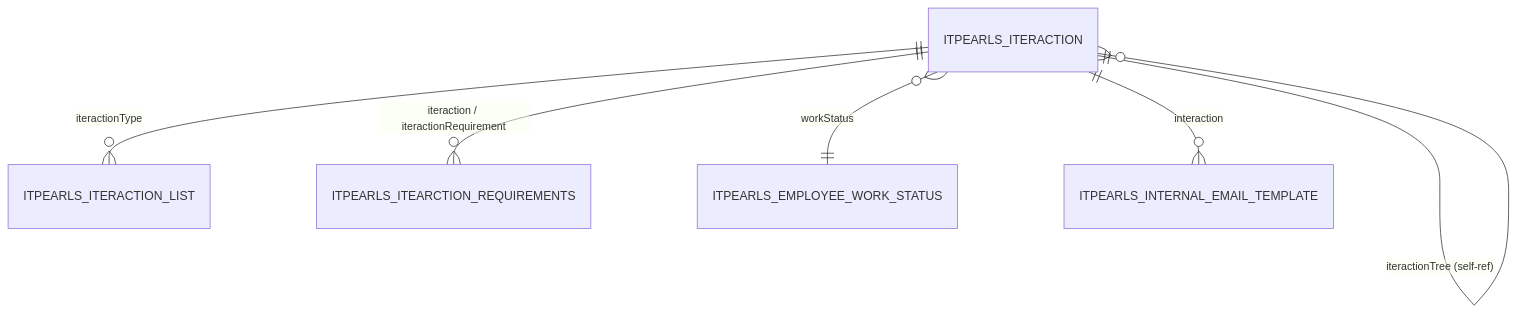
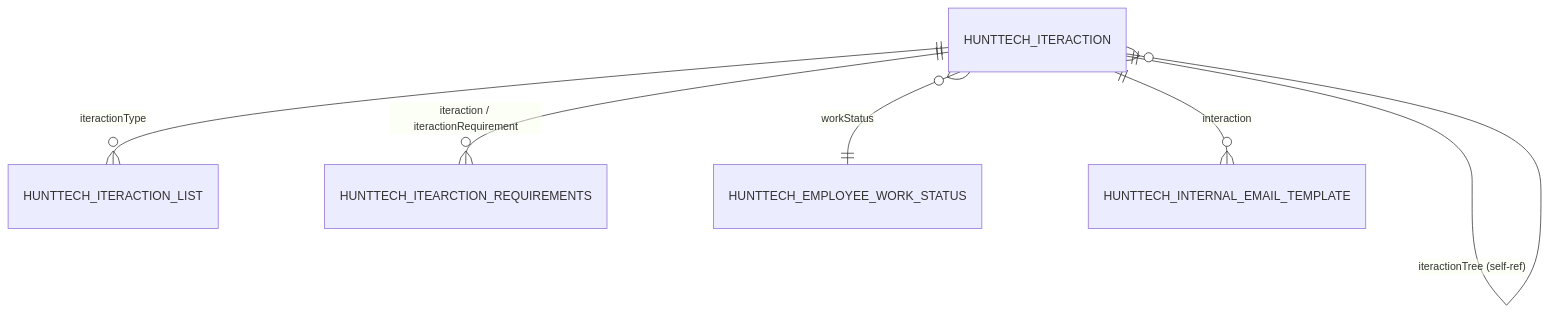
Before and after one commit to aananyev/it-pearls-recruiting: the diagram in docs/entities/Iteraction.md, drawn with Mermaid. The commit also changed other lines of this file and 2450 other files, not shown here.

````diff
--- a/docs/entities/Iteraction.md
+++ b/docs/entities/Iteraction.md
@@ -59,8 +59,8 @@
 ```mermaid
 erDiagram
-    ITPEARLS_ITERACTION ||--o{ ITPEARLS_ITERACTION : "iteractionTree (self-ref)"
-    ITPEARLS_ITERACTION ||--o{ ITPEARLS_ITERACTION_LIST : "iteractionType"
-    ITPEARLS_ITERACTION ||--o{ ITPEARLS_ITEARCTION_REQUIREMENTS : "iteraction / iteractionRequirement"
-    ITPEARLS_ITERACTION }o--|| ITPEARLS_EMPLOYEE_WORK_STATUS : "workStatus"
-    ITPEARLS_ITERACTION ||--o{ ITPEARLS_INTERNAL_EMAIL_TEMPLATE : "interaction"
+    HUNTTECH_ITERACTION ||--o{ HUNTTECH_ITERACTION : "iteractionTree (self-ref)"
+    HUNTTECH_ITERACTION ||--o{ HUNTTECH_ITERACTION_LIST : "iteractionType"
+    HUNTTECH_ITERACTION ||--o{ HUNTTECH_ITEARCTION_REQUIREMENTS : "iteraction / iteractionRequirement"
+    HUNTTECH_ITERACTION }o--|| HUNTTECH_EMPLOYEE_WORK_STATUS : "workStatus"
+    HUNTTECH_ITERACTION ||--o{ HUNTTECH_INTERNAL_EMAIL_TEMPLATE : "interaction"
 ```
````
